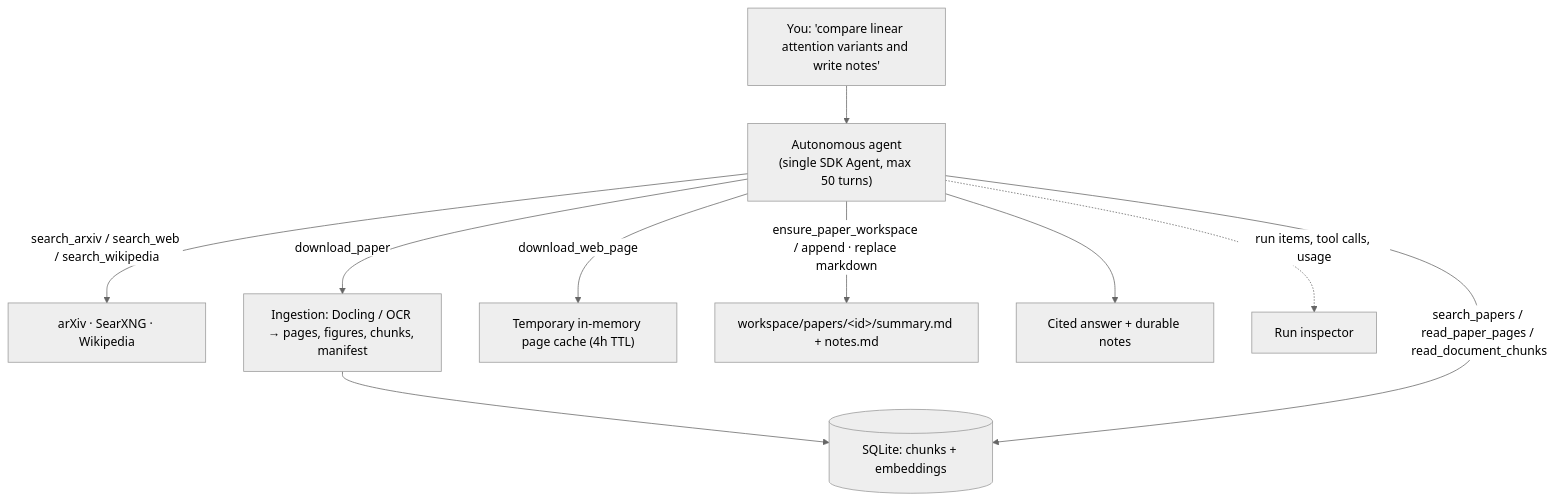
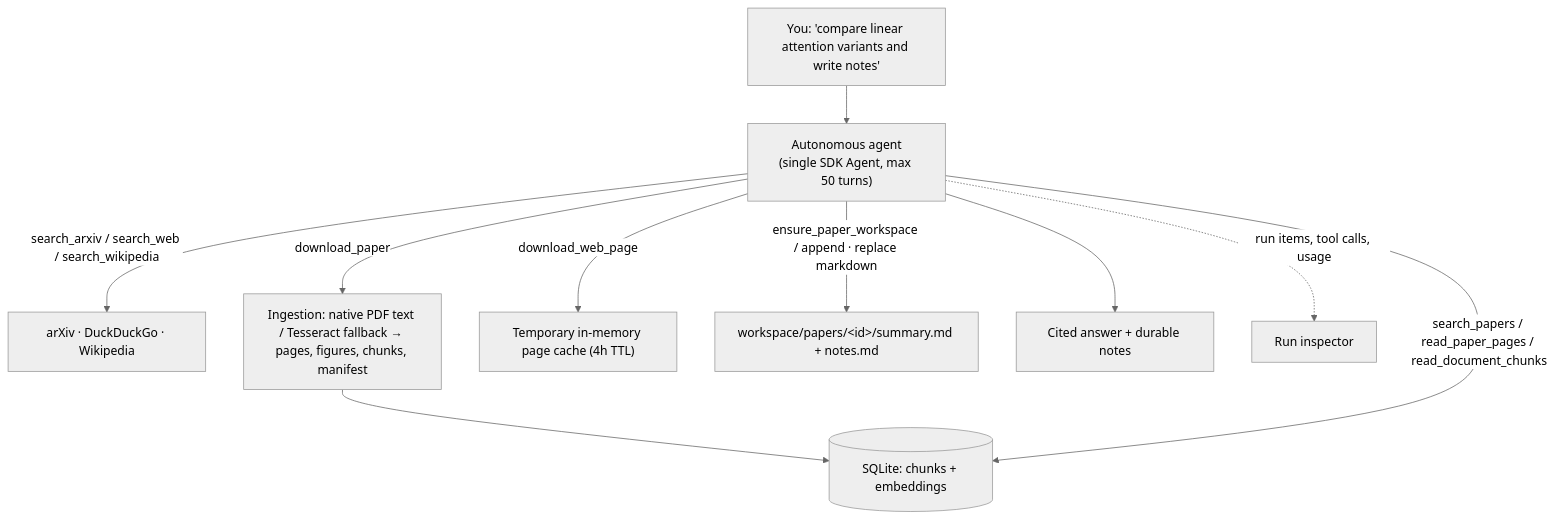
The first of 2 diagrams in README.md (giridharmunagala/scholarweave), drawn with Mermaid (neutral theme) before and after one commit. The commit also changed other lines of this file and 119 other files, not shown here.

````diff
--- a/README.md
+++ b/README.md
@@ -89,12 +89,12 @@
 ```mermaid
 flowchart TD
     U["You: 'compare linear attention variants and write notes'"] --> A["Autonomous agent<br/>(single SDK Agent, max 50 turns)"]
-    A -->|search_arxiv / search_web / search_wikipedia| EXT["arXiv · SearXNG · Wikipedia"]
-    A -->|download_paper| ING["Ingestion: Docling / OCR → pages, figures, chunks, manifest"]
+    A -->|search_arxiv / search_web / search_wikipedia| EXT["arXiv · DuckDuckGo · Wikipedia"]
+    A -->|download_paper| ING["Ingestion: native PDF text / Tesseract fallback → pages, figures, chunks, manifest"]
     A -->|download_web_page| TMP["Temporary in-memory page cache (4h TTL)"]
     ING --> IDX[("SQLite: chunks + embeddings")]
     A -->|search_papers / read_paper_pages / read_document_chunks| IDX
     A -->|ensure_paper_workspace / append · replace markdown| WS["workspace/papers/&lt;id&gt;/summary.md + notes.md"]
     A --> OUT["Cited answer + durable notes"]
     A -.->|run items, tool calls, usage| RUNS["Run inspector"]
 ```
````
